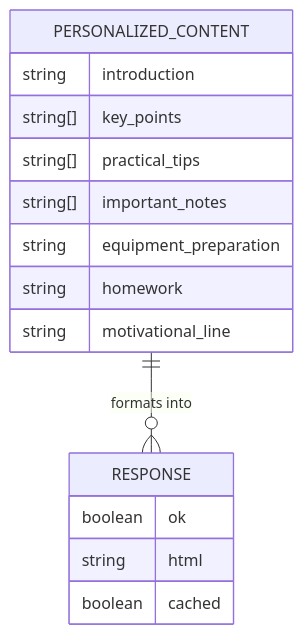
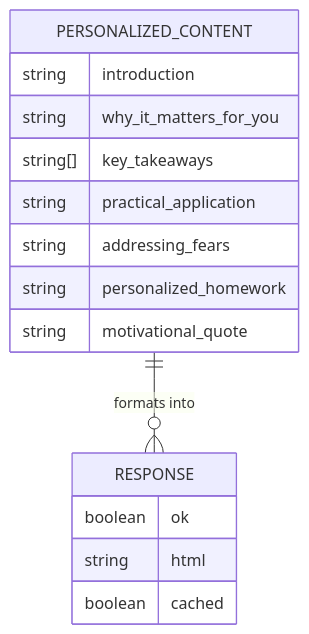
One commit to lommaks777/pesonalisev2 changed the second of 5 diagrams in .qoder/repowiki/en/content/API Reference/POST _api_persona_block.md. Above: the diagram before and after it, drawn with Mermaid. The commit also changed other lines of this file and 42 other files, not shown here.

````diff
--- a/.qoder/repowiki/en/content/API Reference/POST _api_persona_block.md
+++ b/.qoder/repowiki/en/content/API Reference/POST _api_persona_block.md
@@ -82,18 +90,18 @@
 ```mermaid
 erDiagram
 PERSONALIZED_CONTENT {
 string introduction
-string[] key_points
-string[] practical_tips
-string[] important_notes
-string equipment_preparation
-string homework
-string motivational_line
+string why_it_matters_for_you
+string[] key_takeaways
+string practical_application
+string addressing_fears
+string personalized_homework
+string motivational_quote
 }
 RESPONSE {
 boolean ok
 string html
 boolean cached
 }
 PERSONALIZED_CONTENT ||--o{ RESPONSE : "formats into"
 ```
````
